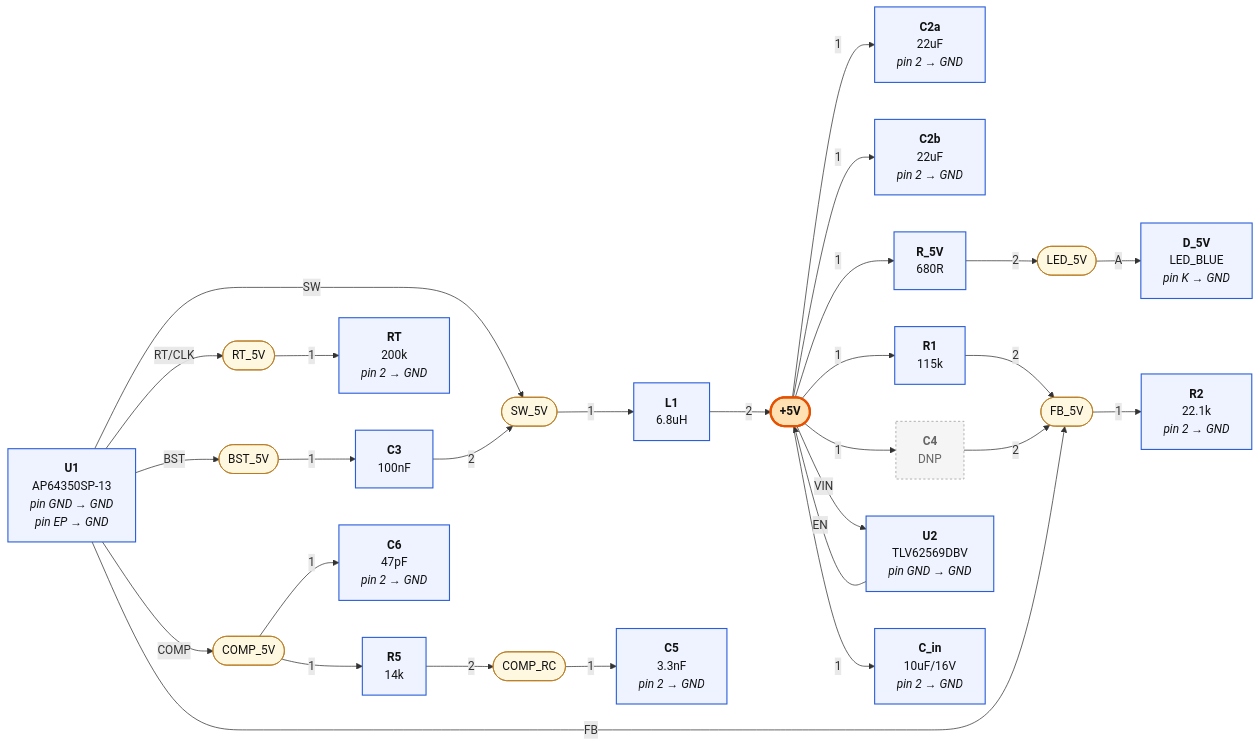
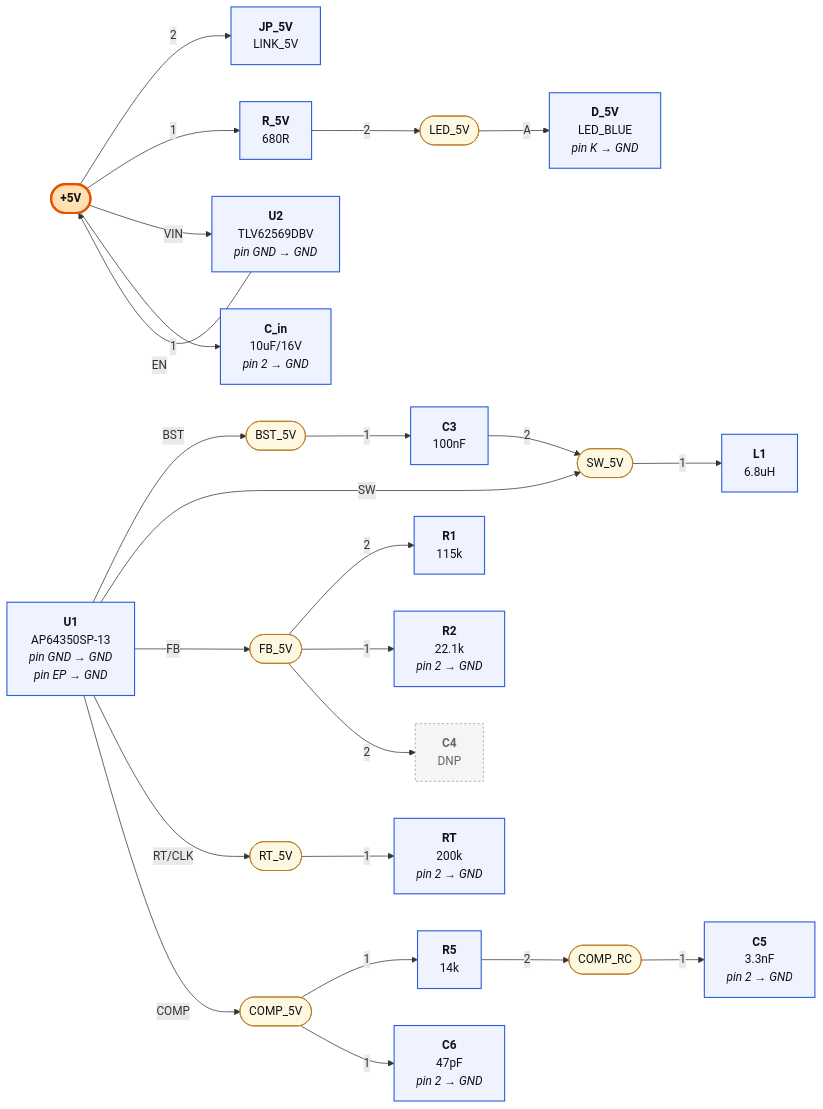
The third of 4 diagrams in hardware/pro/sheets/01-power.diagram.md (mrwillson2u/propmesh), drawn with Mermaid before and after one commit. The commit also changed other lines of this file and 44 other files, not shown here.

````diff
--- a/hardware/pro/sheets/01-power.diagram.md
+++ b/hardware/pro/sheets/01-power.diagram.md
@@ -58,61 +106,56 @@
 ```mermaid
 graph LR
   classDef part fill:#eef3ff,stroke:#2b5fd9,stroke-width:1.5px,color:#111
   classDef net fill:#fff8e1,stroke:#b7791f,color:#111
   classDef rail fill:#ffe0b2,stroke:#e65100,stroke-width:3px,color:#111,font-weight:bold
   classDef badnet fill:#ffe0e0,stroke:#c00,stroke-width:3px,color:#111,font-weight:bold
   classDef absent fill:#fff,stroke:#c00,stroke-width:2px,stroke-dasharray:6 4,color:#c00
   classDef extra fill:#ffecec,stroke:#c00,stroke-width:2px,color:#111
   classDef dnp fill:#f5f5f5,stroke:#999,stroke-dasharray:3 3,color:#666
   N_BST_5V(["BST_5V"]):::net
   P_U1["<b>U1</b><br/>AP64350SP-13<br/><i>pin GND → GND</i><br/><i>pin EP → GND</i>"]:::part
   P_U1 --"BST"--> N_BST_5V
   P_C3["<b>C3</b><br/>100nF"]:::part
   N_BST_5V --"1"--> P_C3
   N_SW_5V(["SW_5V"]):::net
   P_U1 --"SW"--> N_SW_5V
   P_C3 --"2"--> N_SW_5V
   P_L1["<b>L1</b><br/>6.8uH"]:::part
   N_SW_5V --"1"--> P_L1
   N__5V(["+5V"]):::rail
-  P_L1 --"2"--> N__5V
-  P_C2a["<b>C2a</b><br/>22uF<br/><i>pin 2 → GND</i>"]:::part
-  N__5V --"1"--> P_C2a
-  P_C2b["<b>C2b</b><br/>22uF<br/><i>pin 2 → GND</i>"]:::part
-  N__5V --"1"--> P_C2b
-  P_R1["<b>R1</b><br/>115k"]:::part
-  N__5V --"1"--> P_R1
-  P_C4["<b>C4</b><br/>DNP"]:::dnp
-  N__5V --"1"--> P_C4
+  P_JP_5V["<b>JP_5V</b><br/>LINK_5V"]:::part
+  N__5V --"2"--> P_JP_5V
   P_R_5V["<b>R_5V</b><br/>680R"]:::part
   N__5V --"1"--> P_R_5V
   P_U2["<b>U2</b><br/>TLV62569DBV<br/><i>pin GND → GND</i>"]:::part
   N__5V --"VIN"--> P_U2
   P_U2 --"EN"--> N__5V
   P_C_in["<b>C_in</b><br/>10uF/16V<br/><i>pin 2 → GND</i>"]:::part
   N__5V --"1"--> P_C_in
   N_FB_5V(["FB_5V"]):::net
-  P_R1 --"2"--> N_FB_5V
+  P_R1["<b>R1</b><br/>115k"]:::part
+  N_FB_5V --"2"--> P_R1
   P_R2["<b>R2</b><br/>22.1k<br/><i>pin 2 → GND</i>"]:::part
   N_FB_5V --"1"--> P_R2
-  P_C4 --"2"--> N_FB_5V
+  P_C4["<b>C4</b><br/>DNP"]:::dnp
+  N_FB_5V --"2"--> P_C4
   P_U1 --"FB"--> N_FB_5V
   N_RT_5V(["RT_5V"]):::net
   P_U1 --"RT/CLK"--> N_RT_5V
   P_RT["<b>RT</b><br/>200k<br/><i>pin 2 → GND</i>"]:::part
   N_RT_5V --"1"--> P_RT
   N_COMP_5V(["COMP_5V"]):::net
   P_U1 --"COMP"--> N_COMP_5V
   P_R5["<b>R5</b><br/>14k"]:::part
   N_COMP_5V --"1"--> P_R5
   P_C6["<b>C6</b><br/>47pF<br/><i>pin 2 → GND</i>"]:::part
   N_COMP_5V --"1"--> P_C6
   N_COMP_RC(["COMP_RC"]):::net
   P_R5 --"2"--> N_COMP_RC
   P_C5["<b>C5</b><br/>3.3nF<br/><i>pin 2 → GND</i>"]:::part
   N_COMP_RC --"1"--> P_C5
   N_LED_5V(["LED_5V"]):::net
   P_R_5V --"2"--> N_LED_5V
   P_D_5V["<b>D_5V</b><br/>LED_BLUE<br/><i>pin K → GND</i>"]:::part
   N_LED_5V --"A"--> P_D_5V
 ```
````
